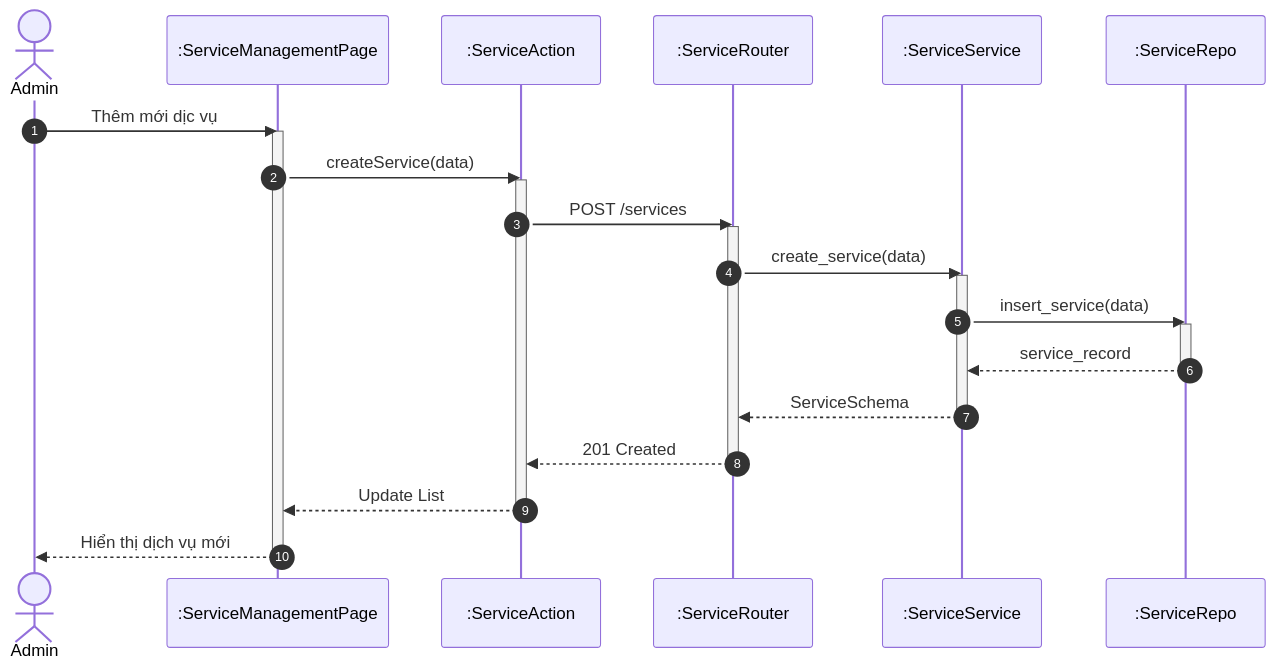
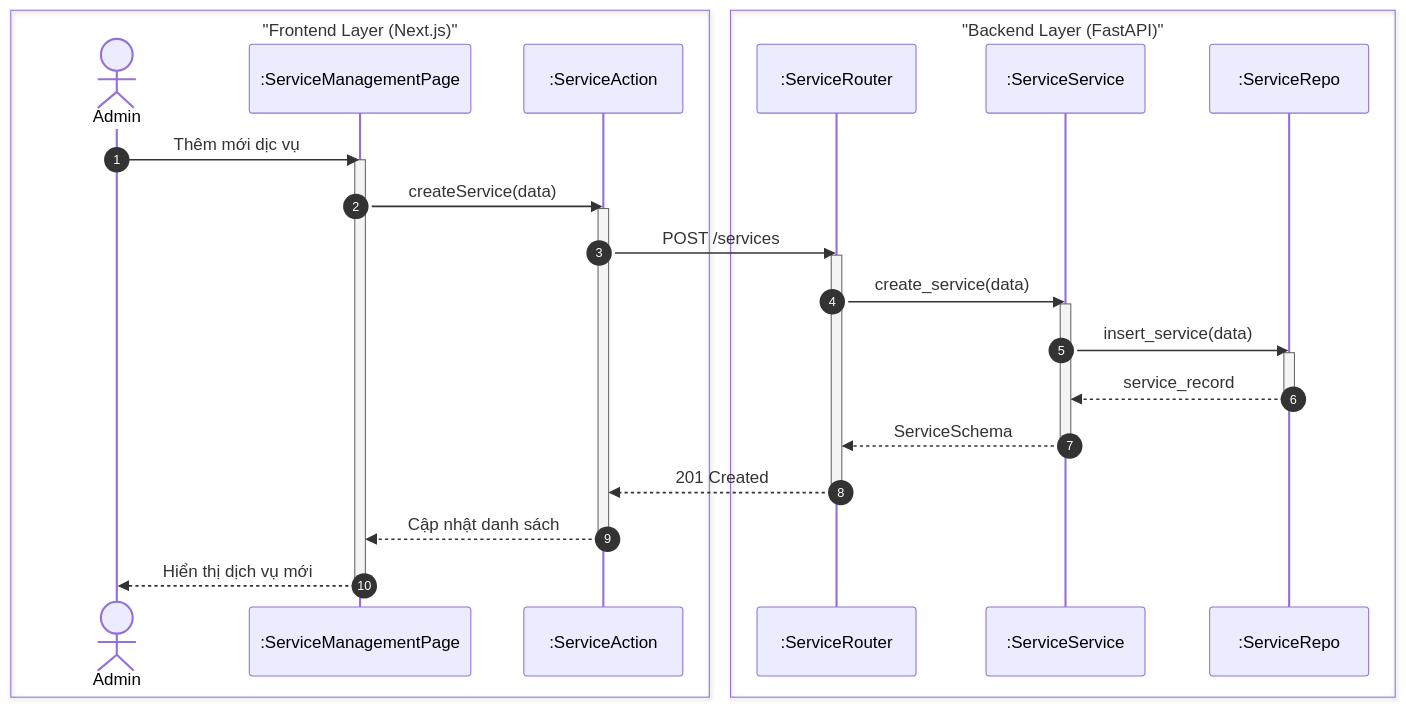
Before and after one commit to ngoctinn/Synapse: the first of 4 diagrams in docs/design/sequences/admin_flows.md, drawn with Mermaid. The commit also changed other lines of this file and 4 other files, not shown here.

Commit message:
docs: Add initial sequence diagrams for authentication, customer, technician, receptionist, and admin flows.

````diff
--- a/docs/design/sequences/admin_flows.md
+++ b/docs/design/sequences/admin_flows.md
@@ -28,38 +28,43 @@
 ```mermaid
 sequenceDiagram
     autonumber
-    actor AD as Admin
-    participant UI as :ServiceManagementPage
-    participant BFF as :ServiceAction
-    participant API as :ServiceRouter
-    participant S as :ServiceService
-    participant DB as :ServiceRepo
+    box "Frontend Layer (Next.js)"
+        actor AD as Admin
+        participant UI as :ServiceManagementPage
+        participant BFF as :ServiceAction
+    end
+
+    box "Backend Layer (FastAPI)"
+        participant API as :ServiceRouter
+        participant S as :ServiceService
+        participant DB as :ServiceRepo
+    end
 
     AD->>UI: Thêm mới dịc vụ
     activate UI
     UI->>BFF: createService(data)
     activate BFF
 
     BFF->>API: POST /services
     activate API
 
     API->>S: create_service(data)
     activate S
 
     S->>DB: insert_service(data)
     activate DB
     DB-->>S: service_record
     deactivate DB
 
     S-->>API: ServiceSchema
     deactivate S
 
     API-->>BFF: 201 Created
     deactivate API
 
-    BFF-->>UI: Update List
+    BFF-->>UI: Cập nhật danh sách
     deactivate BFF
 
     UI-->>AD: Hiển thị dịch vụ mới
     deactivate UI
 ```
````
